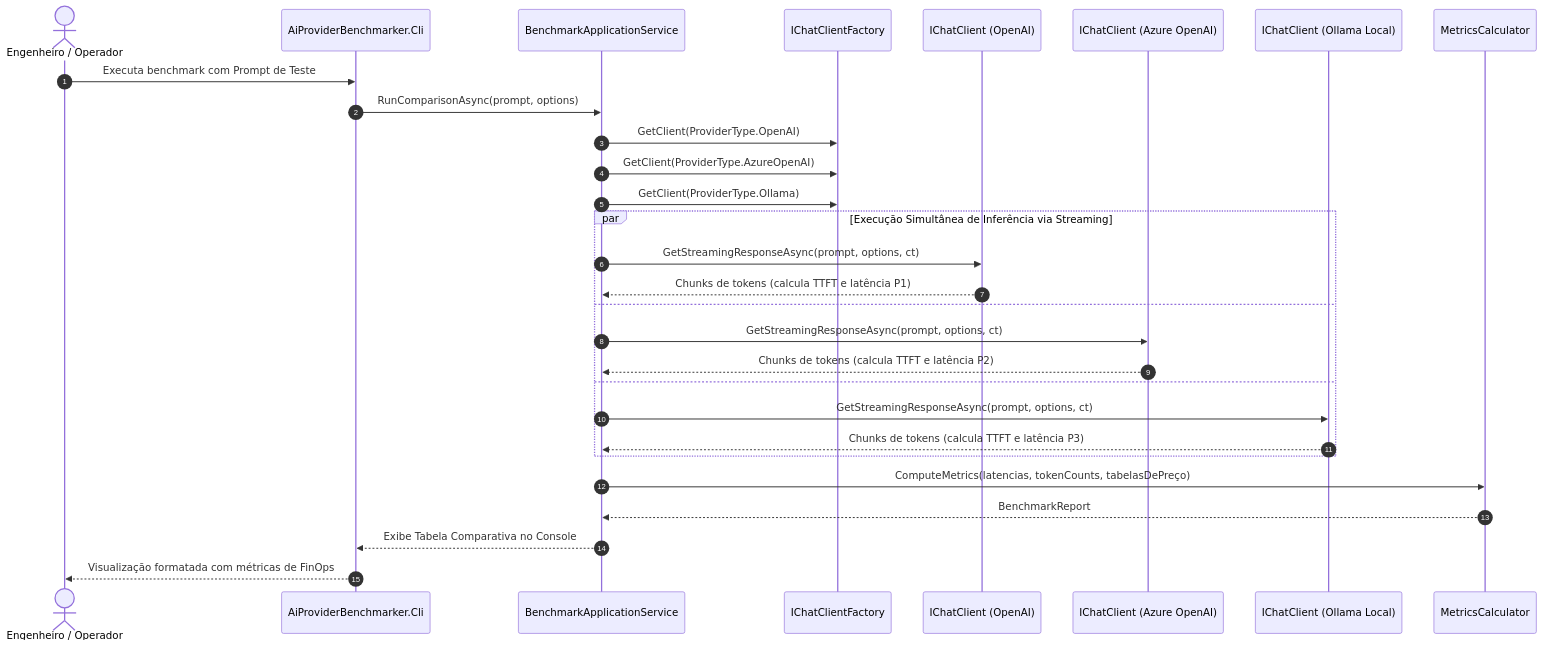
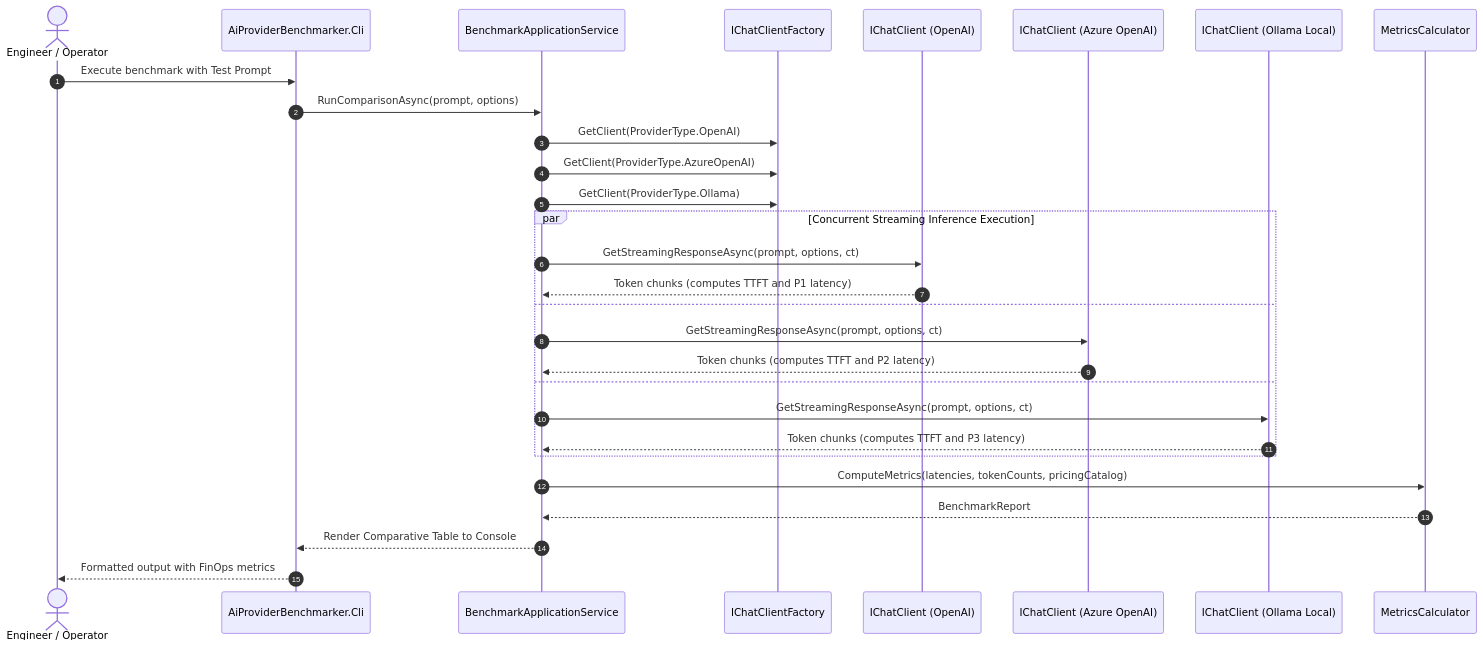
The diagram in docs/modules/modulo-01-conectividade-e-abstracao/STUDY_GUIDE.md (gilrsantana/MafMastery), drawn with Mermaid before and after one commit. The commit also changed other lines of this file and 1 other file, not shown here.

````diff
--- a/docs/modules/modulo-01-conectividade-e-abstracao/STUDY_GUIDE.md
+++ b/docs/modules/modulo-01-conectividade-e-abstracao/STUDY_GUIDE.md
@@ -153,34 +152,34 @@
 ```mermaid
 sequenceDiagram
     autonumber
-    actor User as Engenheiro / Operador
+    actor User as Engineer / Operator
     participant CLI as AiProviderBenchmarker.Cli
     participant App as BenchmarkApplicationService
     participant Factory as IChatClientFactory
     participant P1 as IChatClient (OpenAI)
     participant P2 as IChatClient (Azure OpenAI)
     participant P3 as IChatClient (Ollama Local)
     participant Calc as MetricsCalculator
 
-    User->>CLI: Executa benchmark com Prompt de Teste
+    User->>CLI: Execute benchmark with Test Prompt
     CLI->>App: RunComparisonAsync(prompt, options)
     App->>Factory: GetClient(ProviderType.OpenAI)
     App->>Factory: GetClient(ProviderType.AzureOpenAI)
     App->>Factory: GetClient(ProviderType.Ollama)
     
-    par Execução Simultânea de Inferência via Streaming
+    par Concurrent Streaming Inference Execution
         App->>P1: GetStreamingResponseAsync(prompt, options, ct)
-        P1-->>App: Chunks de tokens (calcula TTFT e latência P1)
+        P1-->>App: Token chunks (computes TTFT and P1 latency)
     and
         App->>P2: GetStreamingResponseAsync(prompt, options, ct)
-        P2-->>App: Chunks de tokens (calcula TTFT e latência P2)
+        P2-->>App: Token chunks (computes TTFT and P2 latency)
     and
         App->>P3: GetStreamingResponseAsync(prompt, options, ct)
-        P3-->>App: Chunks de tokens (calcula TTFT e latência P3)
+        P3-->>App: Token chunks (computes TTFT and P3 latency)
     end
 
-    App->>Calc: ComputeMetrics(latencias, tokenCounts, tabelasDePreço)
+    App->>Calc: ComputeMetrics(latencies, tokenCounts, pricingCatalog)
     Calc-->>App: BenchmarkReport
-    App-->>CLI: Exibe Tabela Comparativa no Console
-    CLI-->>User: Visualização formatada com métricas de FinOps
+    App-->>CLI: Render Comparative Table to Console
+    CLI-->>User: Formatted output with FinOps metrics
 ```
````
